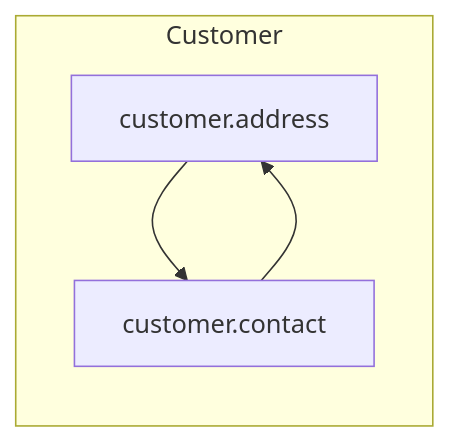
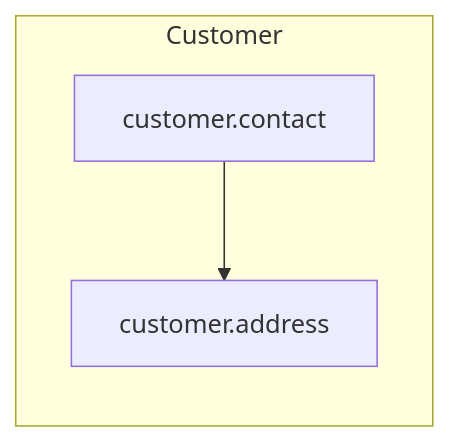
The second of 4 diagrams in blog/_draft.md (andreas-wagner-dev/object-oriented-learning-journey), drawn with Mermaid before and after one commit. The commit also changed other lines of this file, not shown here.

````diff
--- a/blog/_draft.md
+++ b/blog/_draft.md
@@ -81,13 +79,12 @@
 ```mermaid
 
 graph TD
   subgraph Customer
     direction TB
     A[customer.address]
     B[customer.contact]
   end
 
-  A --> B
   B --> A
 
 ```
````
